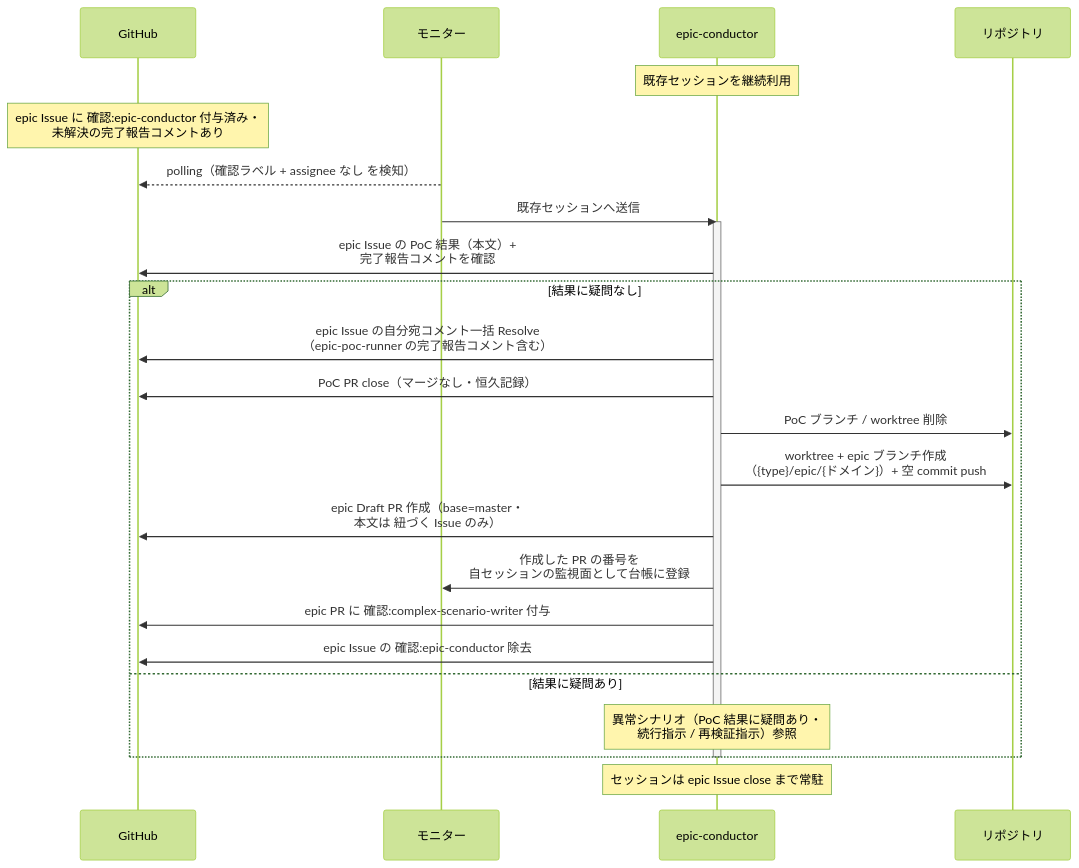
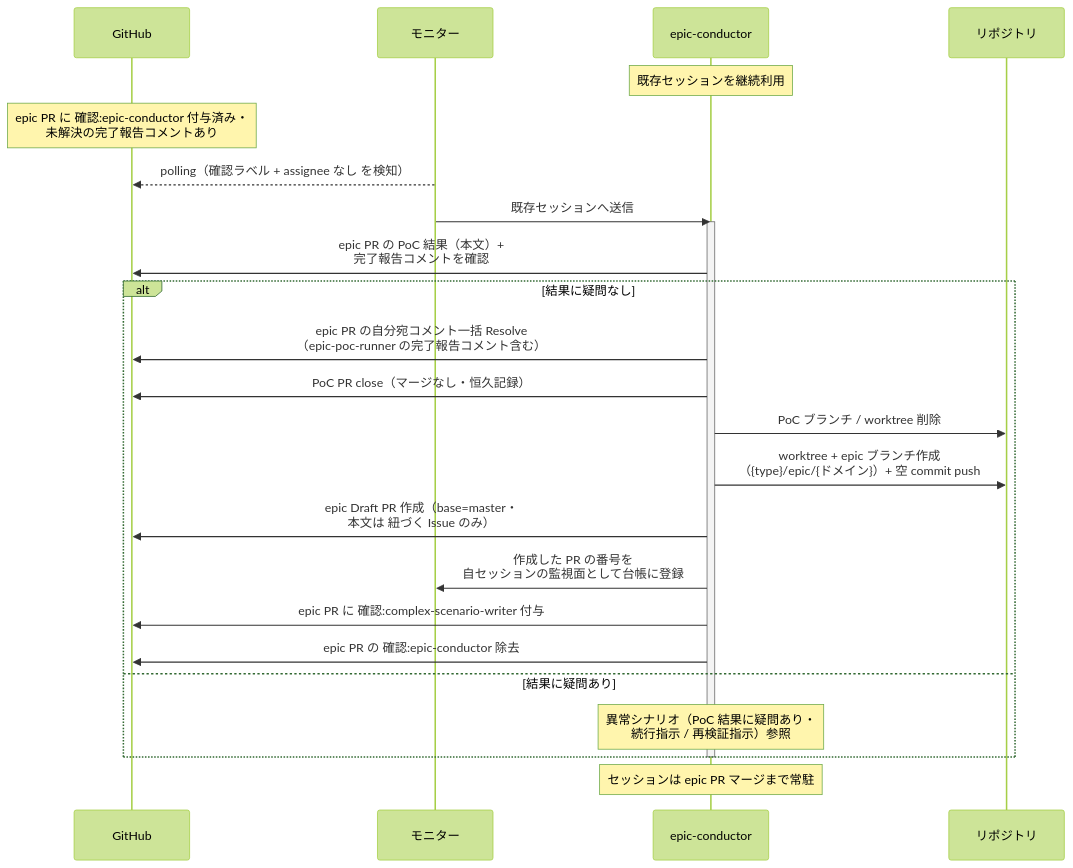
Before and after one commit to shuhei1101/ai-monitor: the first of 4 diagrams in docs/wiki/設計図/シナリオ/単一ユースケース/PoC結果確認.md, drawn with Mermaid (forest theme). The commit also changed other lines of this file and 256 other files, not shown here.

````diff
--- a/docs/wiki/設計図/シナリオ/単一ユースケース/PoC結果確認.md
+++ b/docs/wiki/設計図/シナリオ/単一ユースケース/PoC結果確認.md
@@ -27,29 +27,29 @@
 ```mermaid
 sequenceDiagram
   participant GH as GitHub
   participant ORC as モニター
   participant MON as epic-conductor
 
   Note over MON: 既存セッションを継続利用
-  Note over GH: epic Issue に 確認:epic-conductor 付与済み・<br>未解決の完了報告コメントあり
+  Note over GH: epic PR に 確認:epic-conductor 付与済み・<br>未解決の完了報告コメントあり
   ORC-->>GH: polling（確認ラベル + assignee なし を検知）
   ORC->>MON: 既存セッションへ送信
   participant REPO as リポジトリ
   activate MON
-  MON->>GH: epic Issue の PoC 結果（本文）+<br>完了報告コメントを確認
+  MON->>GH: epic PR の PoC 結果（本文）+<br>完了報告コメントを確認
 
   alt 結果に疑問なし
-    MON->>GH: epic Issue の自分宛コメント一括 Resolve<br>（epic-poc-runner の完了報告コメント含む）
+    MON->>GH: epic PR の自分宛コメント一括 Resolve<br>（epic-poc-runner の完了報告コメント含む）
     MON->>GH: PoC PR close（マージなし・恒久記録）
     MON->>REPO: PoC ブランチ / worktree 削除
     MON->>REPO: worktree + epic ブランチ作成<br>（{type}/epic/{ドメイン}）+ 空 commit push
     MON->>GH: epic Draft PR 作成（base=master・<br>本文は 紐づく Issue のみ）
     MON->>ORC: 作成した PR の番号を<br>自セッションの監視面として台帳に登録
     MON->>GH: epic PR に 確認:complex-scenario-writer 付与
-    MON->>GH: epic Issue の 確認:epic-conductor 除去
+    MON->>GH: epic PR の 確認:epic-conductor 除去
   else 結果に疑問あり
     Note over MON: 異常シナリオ（PoC 結果に疑問あり・<br>続行指示 / 再検証指示）参照
   end
   deactivate MON
-  Note over MON: セッションは epic Issue close まで常駐
+  Note over MON: セッションは epic PR マージまで常駐
 ```
````
